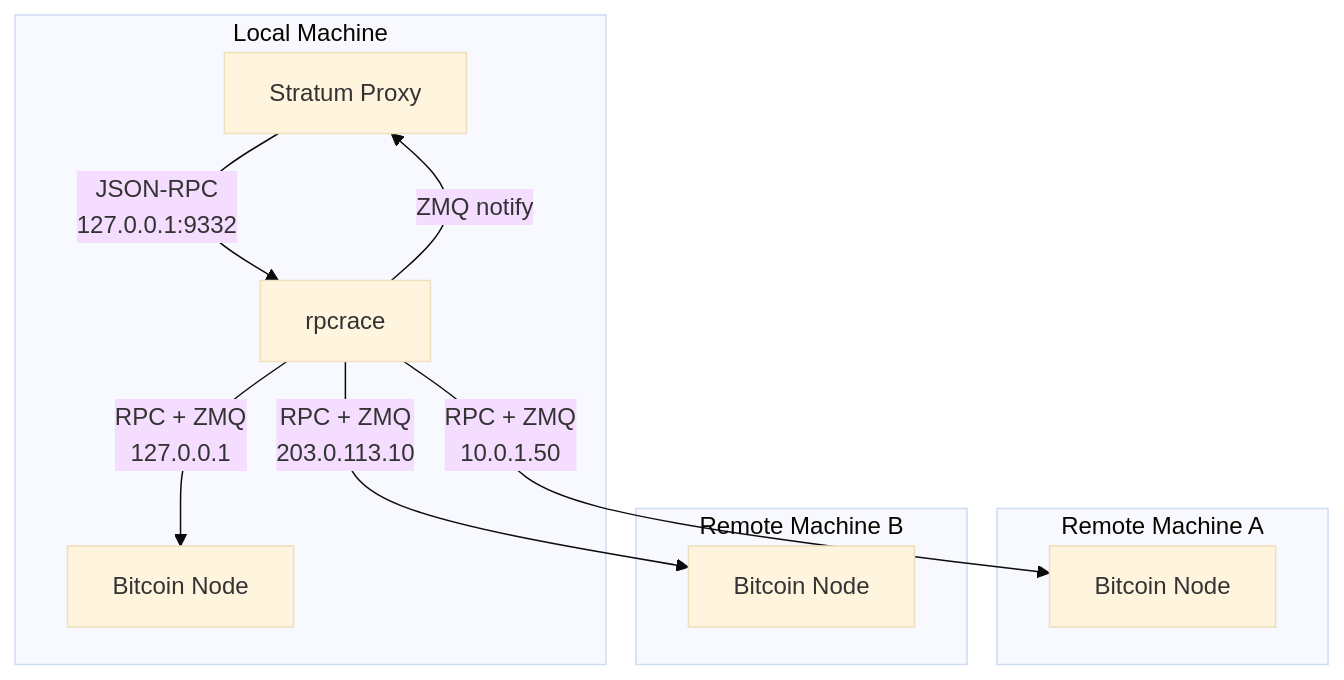
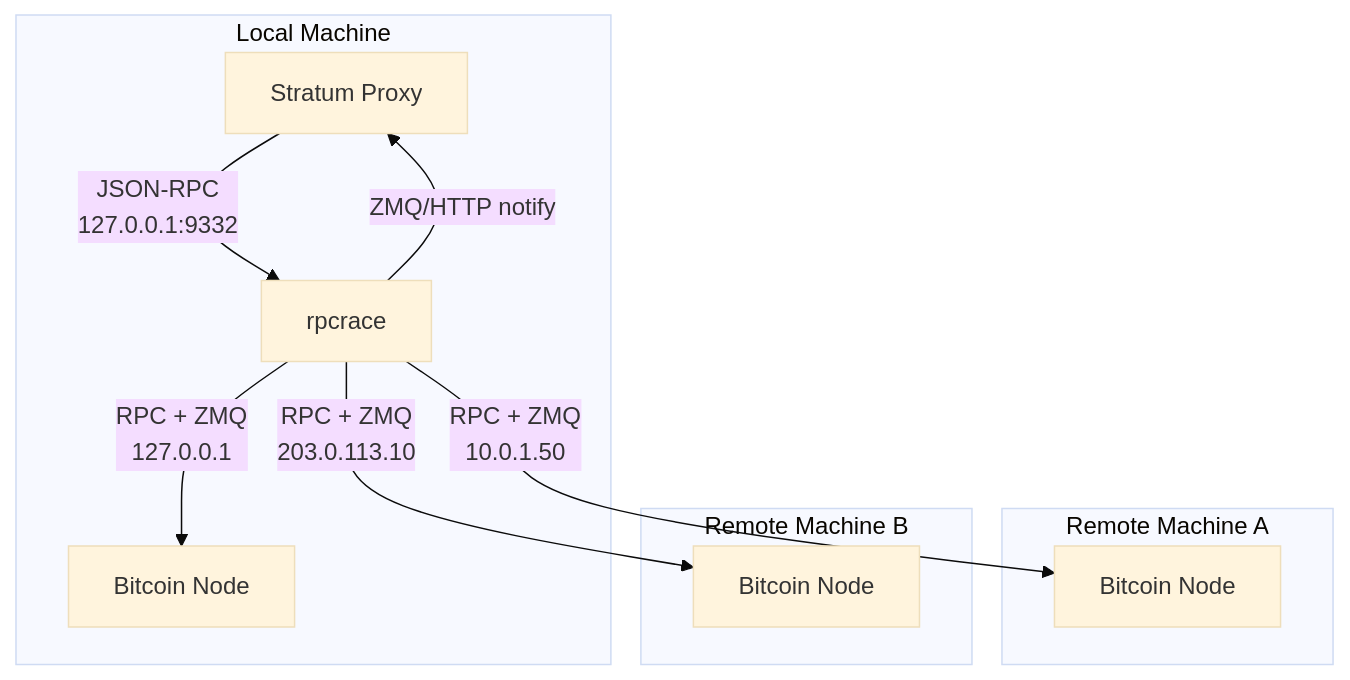
Before and after one commit to pdath/rpcracer: the first of 2 diagrams in README.md, drawn with Mermaid (base theme). The commit also changed other lines of this file and 36 other files, not shown here.

````diff
--- a/README.md
+++ b/README.md
@@ -22,22 +22,22 @@
 ```mermaid
 flowchart TB
     subgraph local["Local Machine"]
         SP[Stratum Proxy]
         RR[rpcrace]
         BN1[Bitcoin Node]
     end
 
     subgraph remote1["Remote Machine A"]
         BN2[Bitcoin Node]
     end
 
     subgraph remote2["Remote Machine B"]
         BN3[Bitcoin Node]
     end
 
     SP -- "JSON-RPC<br/>127.0.0.1:9332" --> RR
-    RR -- "ZMQ notify" --> SP
+    RR -- "ZMQ/HTTP notify" --> SP
     RR -- "RPC + ZMQ<br/>127.0.0.1" --> BN1
     RR -- "RPC + ZMQ<br/>10.0.1.50" --> BN2
     RR -- "RPC + ZMQ<br/>203.0.113.10" --> BN3
 ```
````
